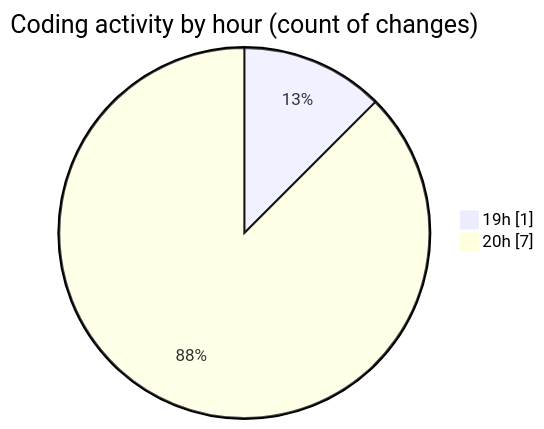
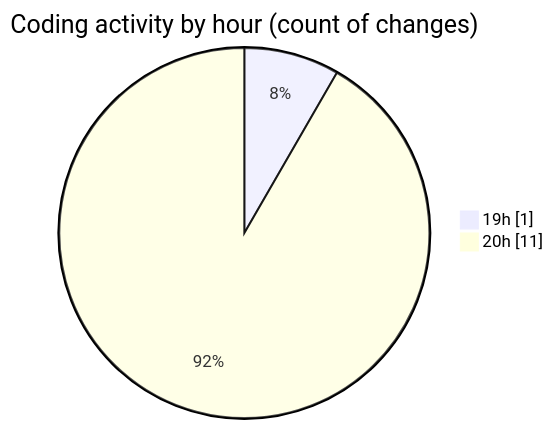
One commit to ricardozamudiocil/code-tracking changed the second of 2 diagrams in 2026-03-01/cilreports__workspace_/README.md. Above: the diagram before and after it, drawn with Mermaid. The commit also changed other lines of this file and 1 other file, not shown here.

````diff
--- a/2026-03-01/cilreports__workspace_/README.md
+++ b/2026-03-01/cilreports__workspace_/README.md
@@ -30,6 +31,6 @@
 ```mermaid
 pie showData
 title Coding activity by hour (count of changes)
 "19h" : 1
-"20h" : 7
+"20h" : 11
 ```
````
